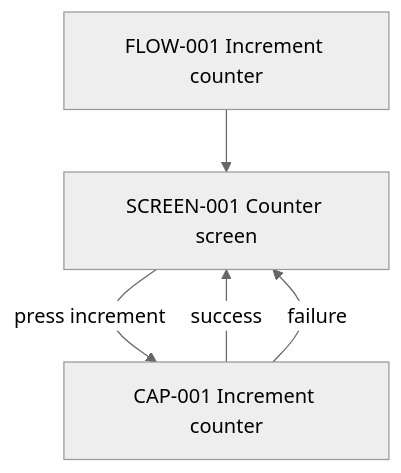
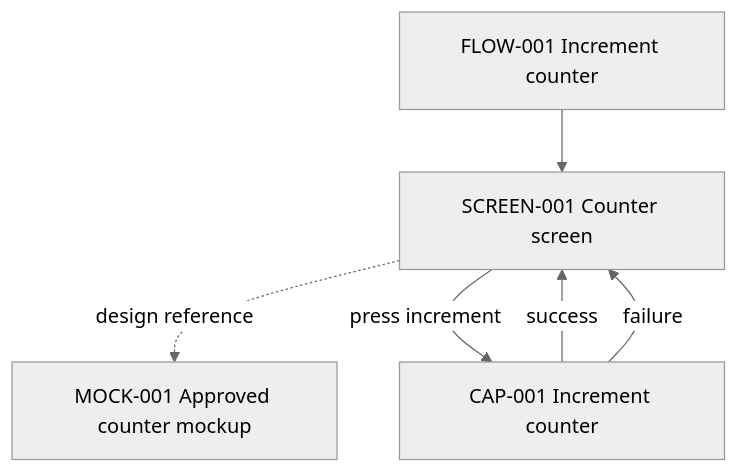
The diagram in skills/product-intent-manager/assets/example-product-intent-package/experience/user-flows.md (swabbie-dev/product-intent-package), drawn with Mermaid (neutral theme) before and after one commit. The commit also changed other lines of this file and 37 other files, not shown here.

Commit message:
Consolidate PIP diagram views

````diff
--- a/skills/product-intent-manager/assets/example-product-intent-package/experience/user-flows.md
+++ b/skills/product-intent-manager/assets/example-product-intent-package/experience/user-flows.md
@@ -1,7 +5,8 @@
 ```mermaid
 flowchart TD
   FLOW_001["FLOW-001 Increment counter"] --> SCREEN_001["SCREEN-001 Counter screen"]
+  SCREEN_001 -.->|design reference| MOCK_001["MOCK-001 Approved counter mockup"]
   SCREEN_001 -->|press increment| CAP_001["CAP-001 Increment counter"]
   CAP_001 -->|success| SCREEN_001
   CAP_001 -->|failure| SCREEN_001
 ```
````
